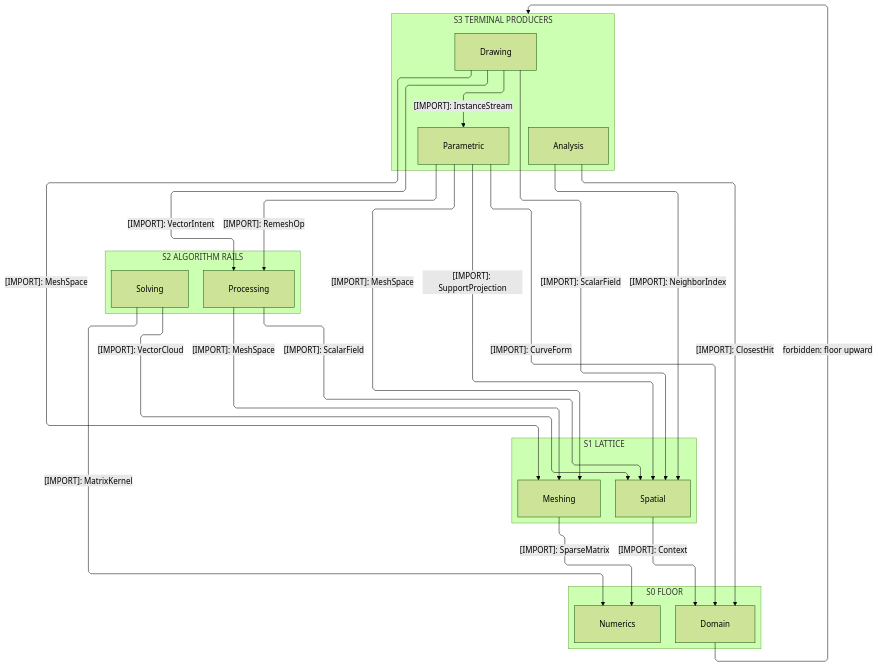
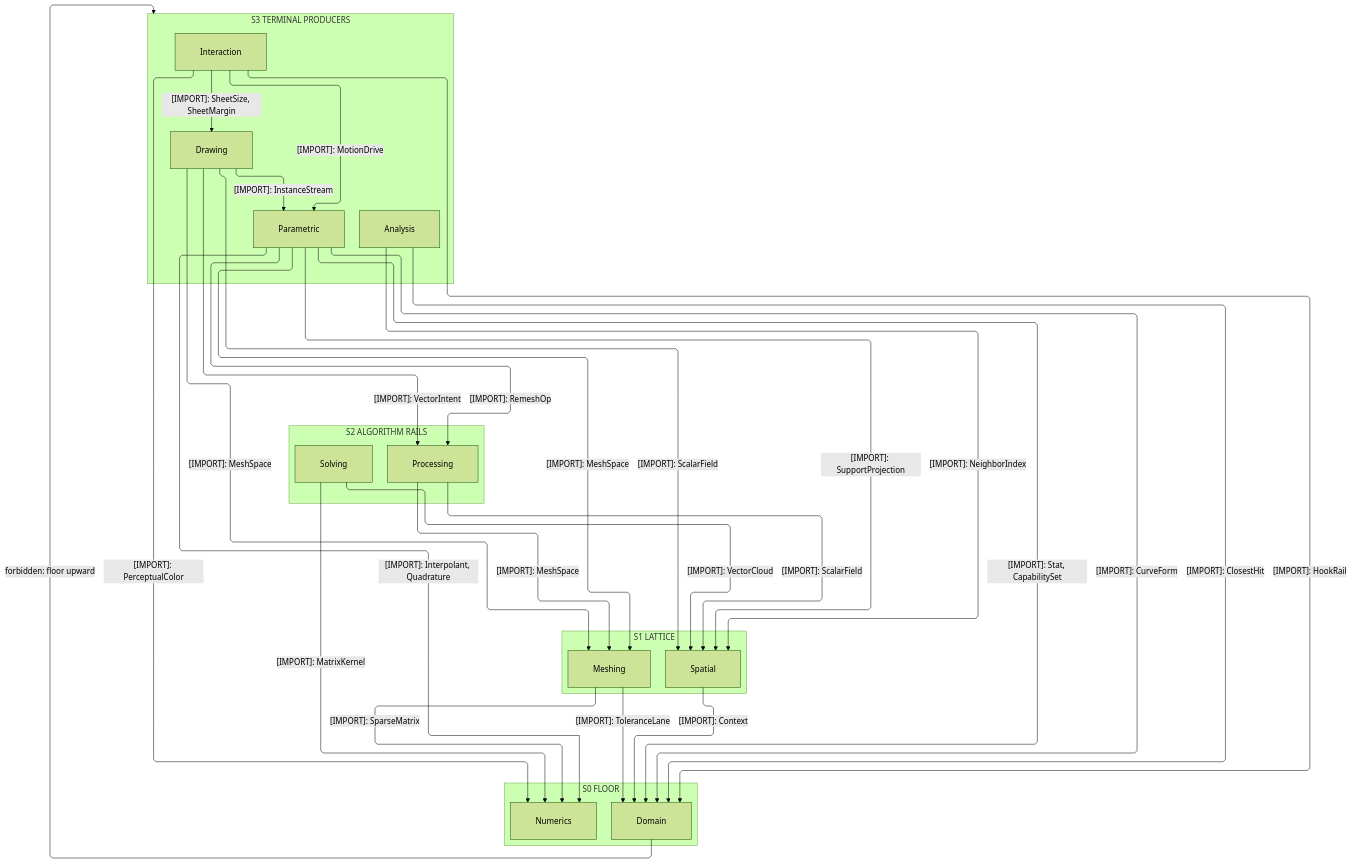
The first of 4 diagrams in libs/csharp/Rasm/ARCHITECTURE.md (bsamiee/Rasm), drawn with Mermaid (forest theme) before and after one commit. The commit also changed other lines of this file and 24 other files, not shown here.

````diff
--- a/libs/csharp/Rasm/ARCHITECTURE.md
+++ b/libs/csharp/Rasm/ARCHITECTURE.md
@@ -100,46 +120,54 @@
 ```mermaid
 ---
 config:
   layout: elk
   flowchart:
     curve: linear
     padding: 25
 ---
 flowchart TB
     accTitle: Rasm kernel interior strata
     accDescr: Four stacked strata from the terminal parametric, drawing, and analysis producers through the processing and solving rails onto the spatial-meshing lattice and the domain-numerics floor, every consumption edge downward or a recorded same-stratum reach and solid naming one sourced type, and one forbidden upward edge marked.
     subgraph S3["S3 TERMINAL PRODUCERS"]
         Analysis[Analysis]
         Parametric[Parametric]
         Drawing[Drawing]
+        Interaction[Interaction]
     end
     subgraph S2["S2 ALGORITHM RAILS"]
         Solving[Solving]
         Processing[Processing]
     end
     subgraph S1["S1 LATTICE"]
         Meshing[Meshing]
         Spatial[Spatial]
     end
     subgraph S0["S0 FLOOR"]
         Numerics[Numerics]
         Domain[Domain]
     end
     Parametric e1@-->|"[IMPORT]: RemeshOp"| Processing
     Drawing e2@-->|"[IMPORT]: VectorIntent"| Processing
     Parametric e3@-->|"[IMPORT]: MeshSpace"| Meshing
     Drawing e4@-->|"[IMPORT]: MeshSpace"| Meshing
     Drawing e16@-->|"[IMPORT]: InstanceStream"| Parametric
     Drawing e5@-->|"[IMPORT]: ScalarField"| Spatial
     Parametric e6@-->|"[IMPORT]: SupportProjection"| Spatial
+    Parametric e22@-->|"[IMPORT]: Interpolant, Quadrature"| Numerics
+    Parametric e23@-->|"[IMPORT]: Stat, CapabilitySet"| Domain
     Analysis e7@-->|"[IMPORT]: NeighborIndex"| Spatial
     Analysis e8@-->|"[IMPORT]: ClosestHit"| Domain
     Parametric e9@-->|"[IMPORT]: CurveForm"| Domain
     Processing e10@-->|"[IMPORT]: MeshSpace"| Meshing
     Processing e11@-->|"[IMPORT]: ScalarField"| Spatial
     Solving e12@-->|"[IMPORT]: MatrixKernel"| Numerics
     Solving e13@-->|"[IMPORT]: VectorCloud"| Spatial
     Meshing e14@-->|"[IMPORT]: SparseMatrix"| Numerics
+    Meshing e21@-->|"[IMPORT]: ToleranceLane"| Domain
     Spatial e15@-->|"[IMPORT]: Context"| Domain
+    Interaction e17@-->|"[IMPORT]: MotionDrive"| Parametric
+    Interaction e18@-->|"[IMPORT]: SheetSize, SheetMargin"| Drawing
+    Interaction e19@-->|"[IMPORT]: PerceptualColor"| Numerics
+    Interaction e20@-->|"[IMPORT]: HookRail"| Domain
     Domain f1@-->|"forbidden: floor upward"| S3
 ```
````
